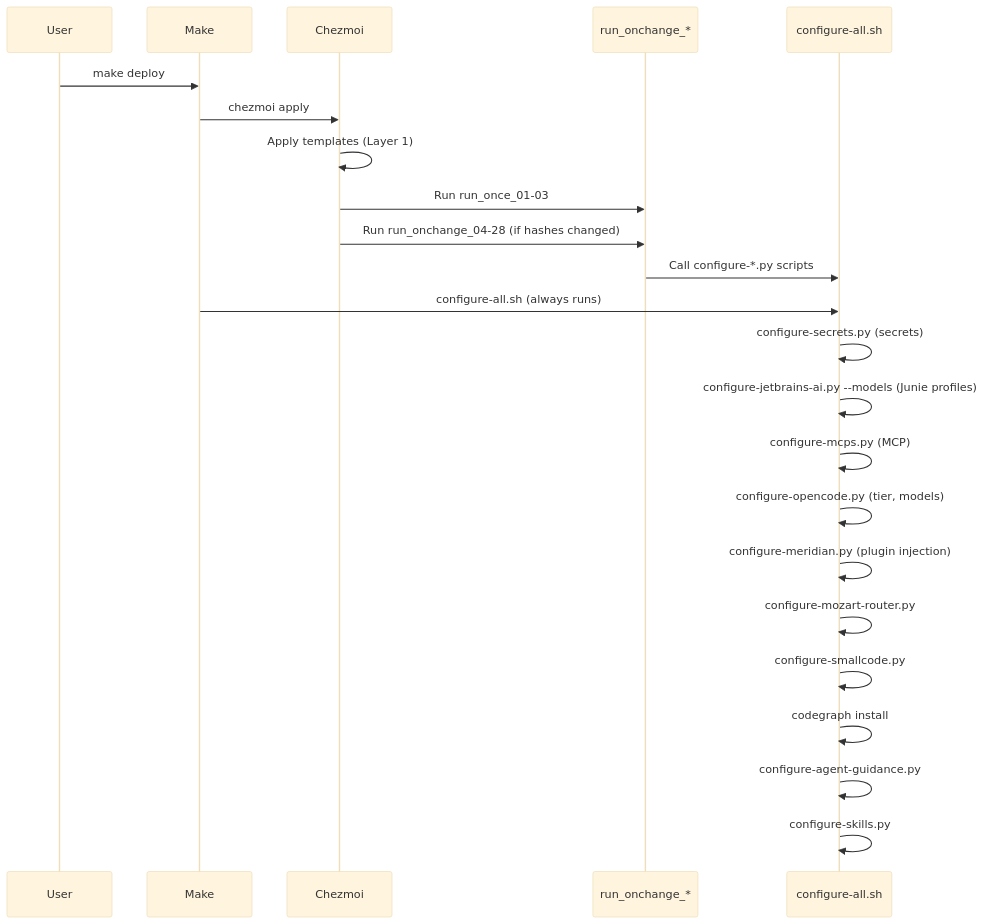
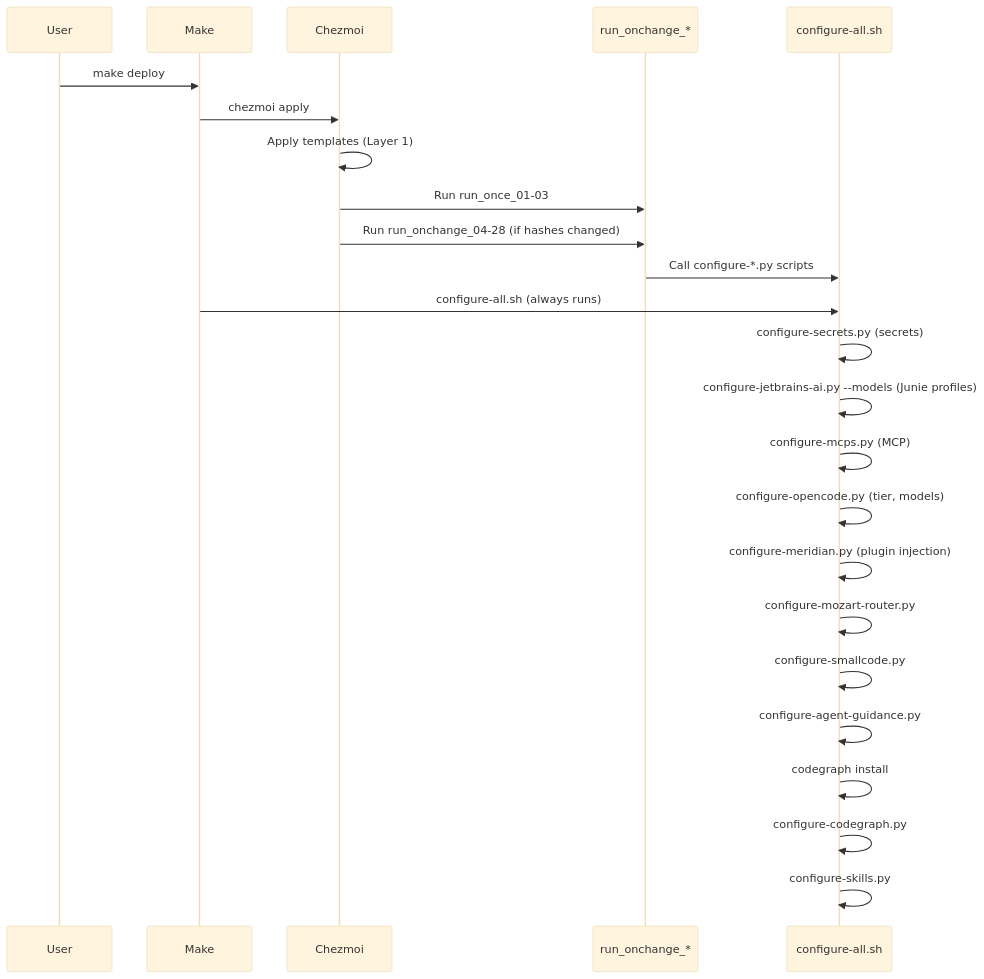
Before and after one commit to randytarampi/dotfiles: the second of 3 diagrams in docs/ORCHESTRATION.md, drawn with Mermaid (base theme).

Commit message:
docs(orchestration): update sequence diagram for new ordering
Reflect the new step order: configure-agent-guidance.py → codegraph install
→ configure-codegraph.py (batch indexer) → configure-skills.py.

````diff
--- a/docs/ORCHESTRATION.md
+++ b/docs/ORCHESTRATION.md
@@ -78,26 +78,27 @@
 ```mermaid
 sequenceDiagram
     participant User
     participant Make
     participant Chezmoi
     participant Scripts as run_onchange_*
     participant Configure as configure-all.sh
 
     User->>Make: make deploy
     Make->>Chezmoi: chezmoi apply
     Chezmoi->>Chezmoi: Apply templates (Layer 1)
     Chezmoi->>Scripts: Run run_once_01-03
     Chezmoi->>Scripts: Run run_onchange_04-28 (if hashes changed)
     Scripts->>Configure: Call configure-*.py scripts
     Make->>Configure: configure-all.sh (always runs)
     Configure->>Configure: configure-secrets.py (secrets)
     Configure->>Configure: configure-jetbrains-ai.py --models (Junie profiles)
     Configure->>Configure: configure-mcps.py (MCP)
     Configure->>Configure: configure-opencode.py (tier, models)
     Configure->>Configure: configure-meridian.py (plugin injection)
     Configure->>Configure: configure-mozart-router.py
     Configure->>Configure: configure-smallcode.py
+    Configure->>Configure: configure-agent-guidance.py
     Configure->>Configure: codegraph install
-    Configure->>Configure: configure-agent-guidance.py
+    Configure->>Configure: configure-codegraph.py
     Configure->>Configure: configure-skills.py
 ```
````
